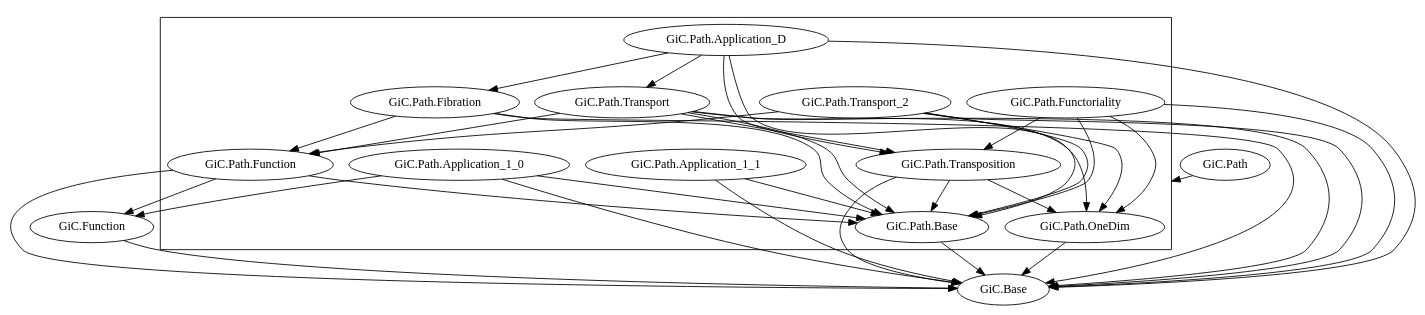
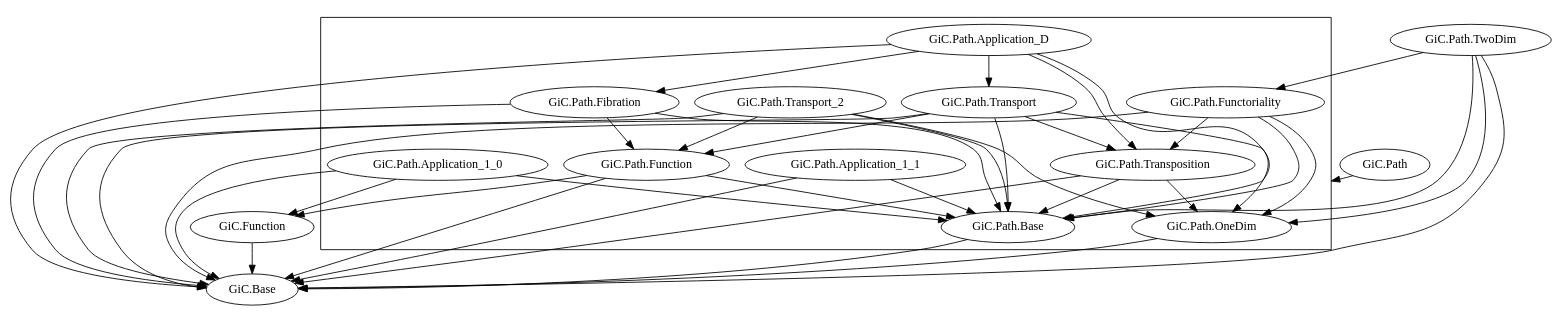
One commit to Hexirp/googology-in-coq changed the diagram in documents/libraries.gv. Above: the diagram before and after it, drawn with Graphviz. The commit also changed 4 other files, not shown here.

First line of the commit message:
Update: GiC.Main を GiC.Path.TwoDim に rename する

```diff
--- a/documents/libraries.gv
+++ b/documents/libraries.gv
@@ -1,81 +1,87 @@
 digraph dependency_graph {
   compound = true;
 
   # GiC.Base
 
   # GiC.Function
   "GiC.Function" -> "GiC.Base";
 
   # GiC.Path.Base
   "GiC.Path.Base" -> "GiC.Base";
 
   # GiC.Path.Function
   "GiC.Path.Function" -> "GiC.Base";
   "GiC.Path.Function" -> "GiC.Function";
   "GiC.Path.Function" -> "GiC.Path.Base";
 
   # GiC.Path.OneDim
   "GiC.Path.OneDim" -> "GiC.Base";
 
   # GiC.Path.Transposition
   "GiC.Path.Transposition" -> "GiC.Base";
   "GiC.Path.Transposition" -> "GiC.Path.Base";
   "GiC.Path.Transposition" -> "GiC.Path.OneDim";
 
   # GiC.Path.Functoriality
   "GiC.Path.Functoriality" -> "GiC.Base";
   "GiC.Path.Functoriality" -> "GiC.Path.Base";
   "GiC.Path.Functoriality" -> "GiC.Path.OneDim";
   "GiC.Path.Functoriality" -> "GiC.Path.Transposition";
+
+  # GiC.Path.TwoDim
+  "GiC.Path.TwoDim" -> "GiC.Base";
+  "GiC.Path.TwoDim" -> "GiC.Path.Base";
+  "GiC.Path.TwoDim" -> "GiC.Path.OneDim";
+  "GiC.Path.TwoDim" -> "GiC.Path.Functoriality";
 
   # GiC.Path.Application_1_0
   "GiC.Path.Application_1_0" -> "GiC.Base";
   "GiC.Path.Application_1_0" -> "GiC.Function";
   "GiC.Path.Application_1_0" -> "GiC.Path.Base";
 
   # GiC.Path.Application_1_1
   "GiC.Path.Application_1_1" -> "GiC.Base";
   "GiC.Path.Application_1_1" -> "GiC.Path.Base";
 
   # GiC.Path.Transport
   "GiC.Path.Transport" -> "GiC.Base";
   "GiC.Path.Transport" -> "GiC.Path.Base";
   "GiC.Path.Transport" -> "GiC.Path.Function";
   "GiC.Path.Transport" -> "GiC.Path.OneDim";
   "GiC.Path.Transport" -> "GiC.Path.Transposition";
 
   # GiC.Path.Fibration
   "GiC.Path.Fibration" -> "GiC.Base";
   "GiC.Path.Fibration" -> "GiC.Path.Base";
   "GiC.Path.Fibration" -> "GiC.Path.Function";
 
   # GiC.Path.Transport_2
   "GiC.Path.Transport_2" -> "GiC.Base";
   "GiC.Path.Transport_2" -> "GiC.Path.Base";
   "GiC.Path.Transport_2" -> "GiC.Path.Function";
   "GiC.Path.Transport_2" -> "GiC.Path.OneDim";
 
   # GiC.Path.Application_D
   "GiC.Path.Application_D" -> "GiC.Base";
   "GiC.Path.Application_D" -> "GiC.Path.Base";
   "GiC.Path.Application_D" -> "GiC.Path.Transposition";
   "GiC.Path.Application_D" -> "GiC.Path.Transport";
   "GiC.Path.Application_D" -> "GiC.Path.Fibration";
 
   # GiC.Path
   subgraph cluster_GiC_Path {
     "GiC.Path.Base";
     "GiC.Path.Function";
     "GiC.Path.OneDim";
     "GiC.Path.Transposition";
     "GiC.Path.Functoriality";
     "GiC.Path.Application_1_0";
     "GiC.Path.Application_1_1";
     "GiC.Path.Transport";
     "GiC.Path.Fibration";
     "GiC.Path.Transport_2";
     "GiC.Path.Application_D";
   }
 
   "GiC.Path" -> "GiC.Path.Base" [lhead = cluster_GiC_Path];
 }
```
